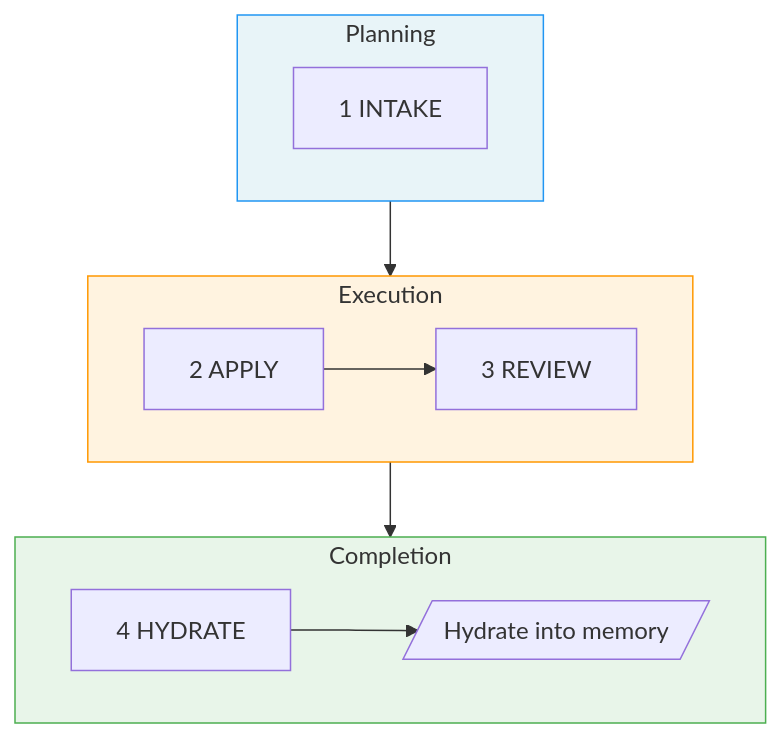
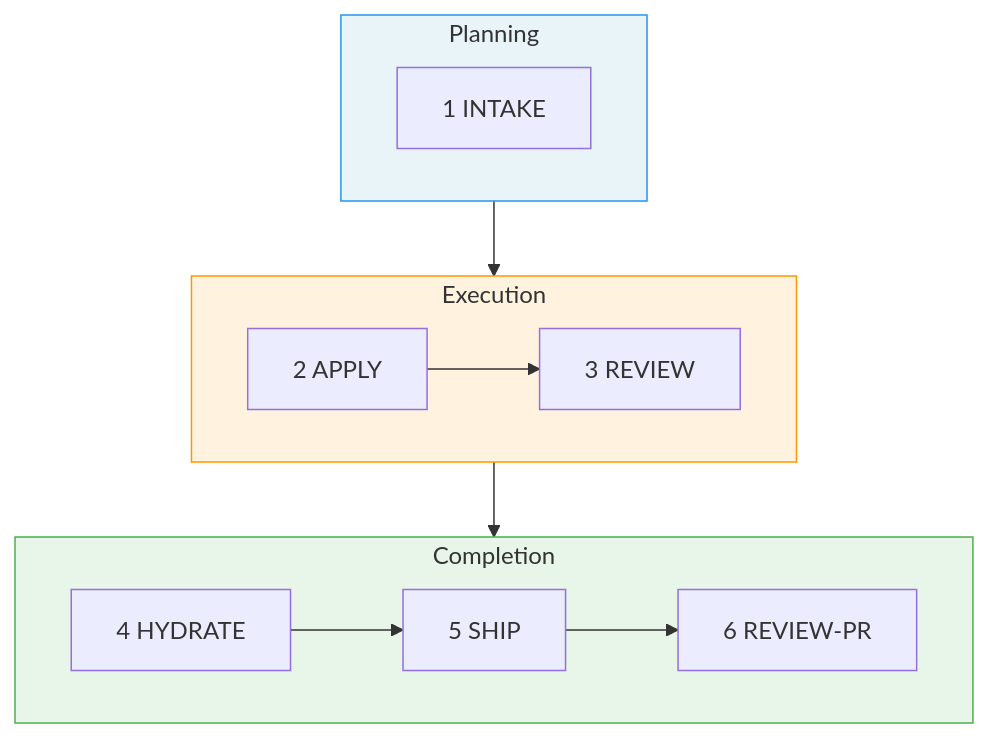
Before and after one commit to sahil87/fab-kit: the diagram in docs/specs/overview.md, drawn with Mermaid. The commit also changed other lines of this file and 139 other files, not shown here.

````diff
--- a/docs/specs/overview.md
+++ b/docs/specs/overview.md
@@ -41,22 +41,22 @@
 ```mermaid
 flowchart TD
     subgraph planning ["Planning"]
         direction LR
         B["1 INTAKE"]
     end
     subgraph execution ["Execution"]
         direction LR
         A["2 APPLY"] --> V["3 REVIEW"]
     end
     subgraph completion ["Completion"]
         direction LR
-        AR["4 HYDRATE"] --> H[/"Hydrate into memory"/]
+        AR["4 HYDRATE"] --> SH["5 SHIP"] --> RP["6 REVIEW-PR"]
     end
 
     B --> A
     V --> AR
 
     style planning fill:#e8f4f8,stroke:#2196F3
     style execution fill:#fff3e0,stroke:#FF9800
     style completion fill:#e8f5e9,stroke:#4CAF50
 ```
````
